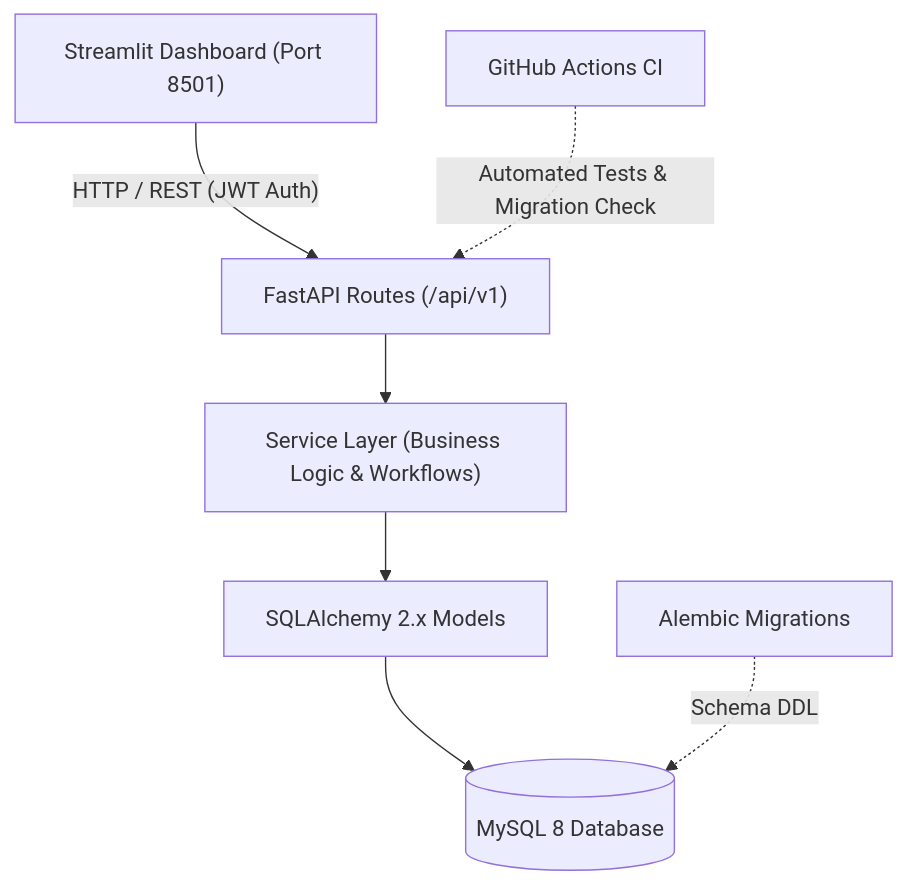
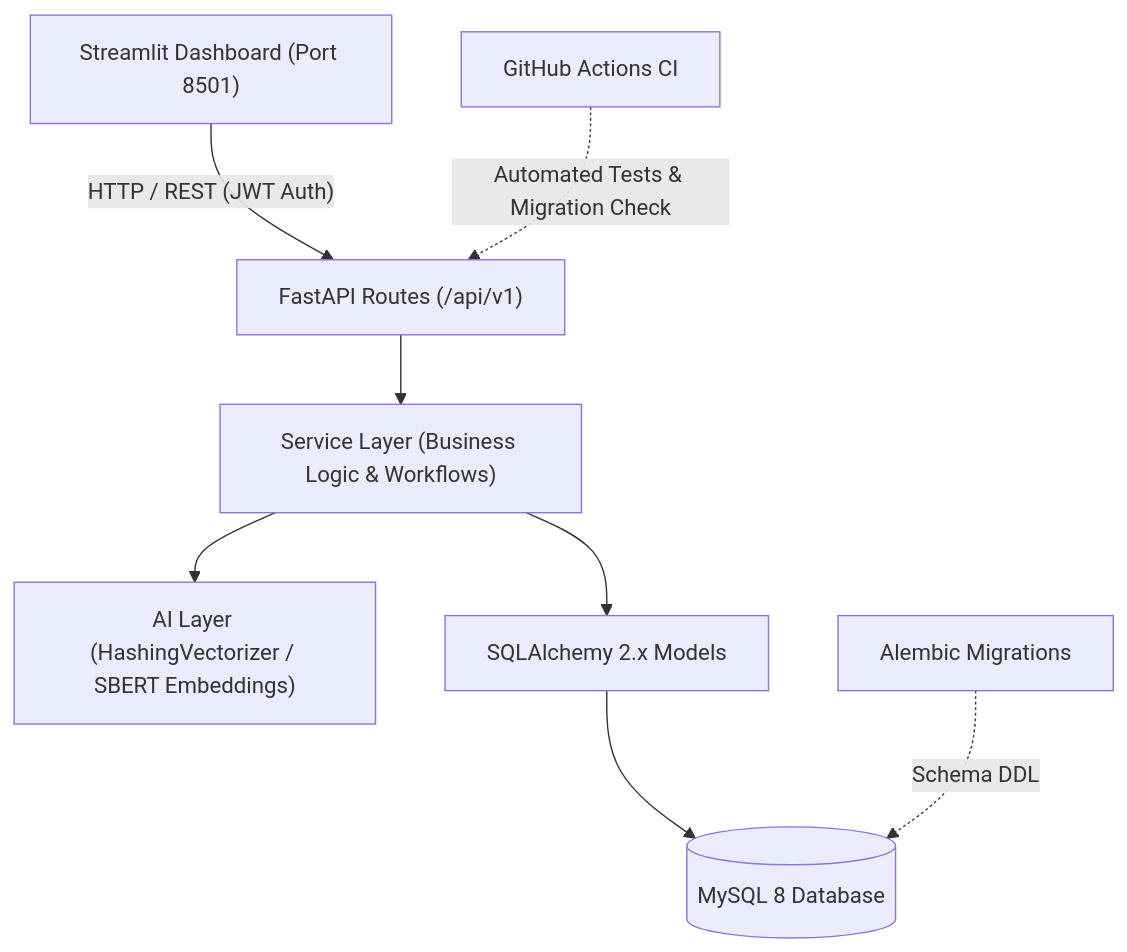
The first of 3 diagrams in README.md (pasupunuri-pragnitha/HelpDesk-API), drawn with Mermaid before and after one commit. The commit also changed other lines of this file and 25 other files, not shown here.

````diff
--- a/README.md
+++ b/README.md
@@ -51,9 +53,10 @@
 ```mermaid
 flowchart TD
     Client["Streamlit Dashboard (Port 8501)"] -->|"HTTP / REST (JWT Auth)"| Routes["FastAPI Routes (/api/v1)"]
     Routes --> Services["Service Layer (Business Logic & Workflows)"]
+    Services --> AI["AI Layer (HashingVectorizer / SBERT Embeddings)"]
     Services --> Models["SQLAlchemy 2.x Models"]
     Models --> DB[("MySQL 8 Database")]
     Alembic["Alembic Migrations"] -.->|"Schema DDL"| DB
     CI["GitHub Actions CI"] -.->|"Automated Tests & Migration Check"| Routes
 ```
````
